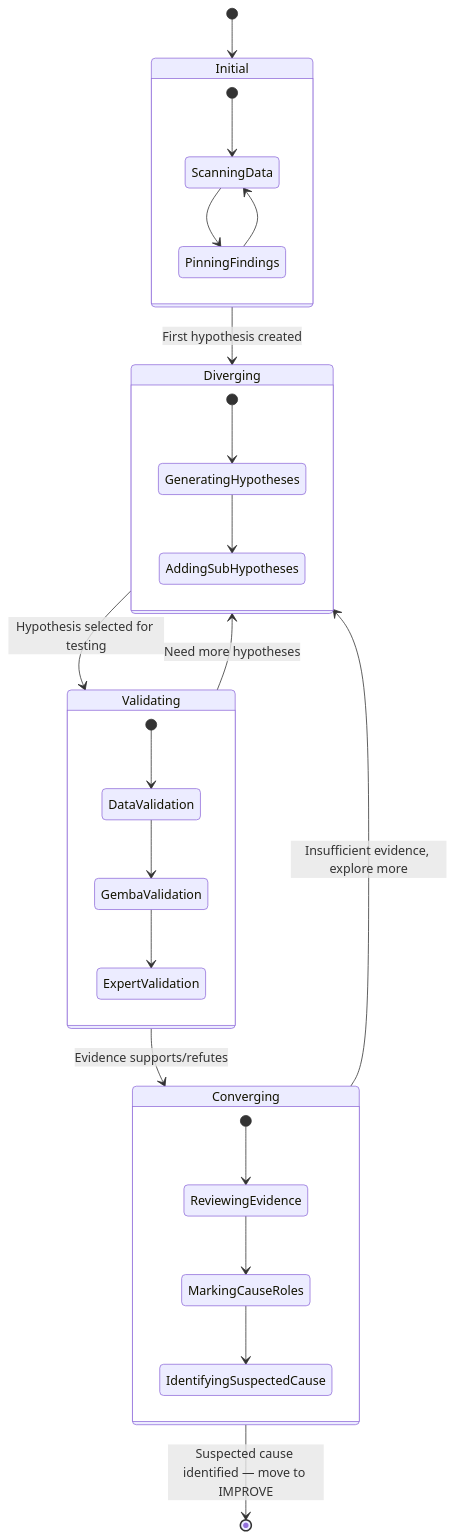
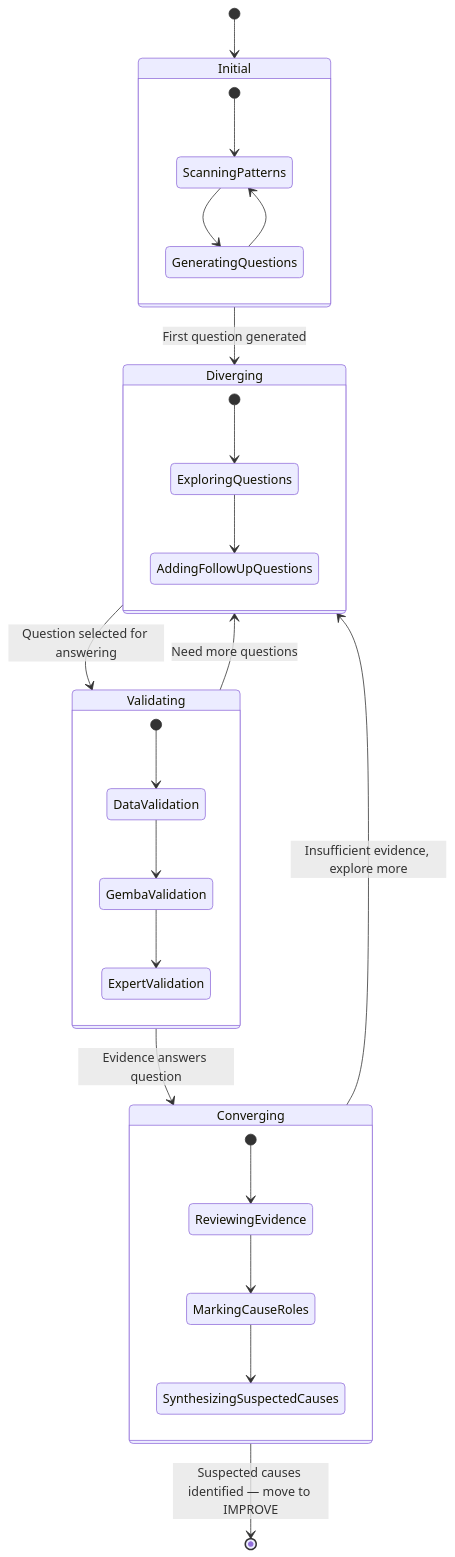
One commit to jukka-matti/variscout changed the first of 3 diagrams in docs/03-features/workflows/investigation-lifecycle-map.md. Above: the diagram before and after it, drawn with Mermaid. The commit also changed other lines of this file and 2 other files, not shown here.

First line of the commit message:
docs: update major docs for question-driven investigation model

````diff
--- a/docs/03-features/workflows/investigation-lifecycle-map.md
+++ b/docs/03-features/workflows/investigation-lifecycle-map.md
@@ -25,33 +25,33 @@
 ```mermaid
 stateDiagram-v2
     [*] --> Initial
-    Initial --> Diverging : First hypothesis created
-    Diverging --> Validating : Hypothesis selected for testing
-    Validating --> Diverging : Need more hypotheses
-    Validating --> Converging : Evidence supports/refutes
+    Initial --> Diverging : First question generated
+    Diverging --> Validating : Question selected for answering
+    Validating --> Diverging : Need more questions
+    Validating --> Converging : Evidence answers question
     Converging --> Diverging : Insufficient evidence, explore more
-    Converging --> [*] : Suspected cause identified — move to IMPROVE
+    Converging --> [*] : Suspected causes identified — move to IMPROVE
 
     state Initial {
-        [*] --> ScanningData
-        ScanningData --> PinningFindings
-        PinningFindings --> ScanningData
+        [*] --> ScanningPatterns
+        ScanningPatterns --> GeneratingQuestions
+        GeneratingQuestions --> ScanningPatterns
     }
 
     state Diverging {
-        [*] --> GeneratingHypotheses
-        GeneratingHypotheses --> AddingSubHypotheses
+        [*] --> ExploringQuestions
+        ExploringQuestions --> AddingFollowUpQuestions
     }
 
     state Validating {
         [*] --> DataValidation
         DataValidation --> GembaValidation
         GembaValidation --> ExpertValidation
     }
 
     state Converging {
         [*] --> ReviewingEvidence
         ReviewingEvidence --> MarkingCauseRoles
-        MarkingCauseRoles --> IdentifyingSuspectedCause
+        MarkingCauseRoles --> SynthesizingSuspectedCauses
     }
 ```
````
